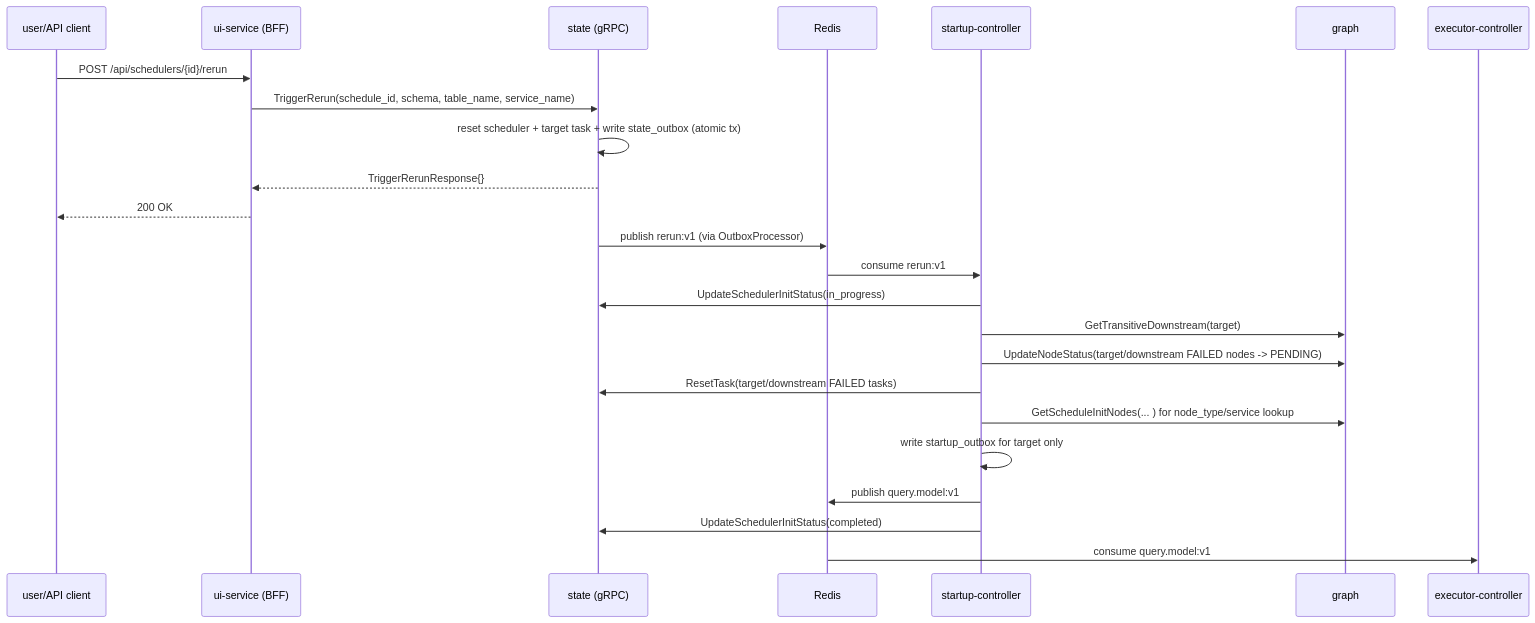
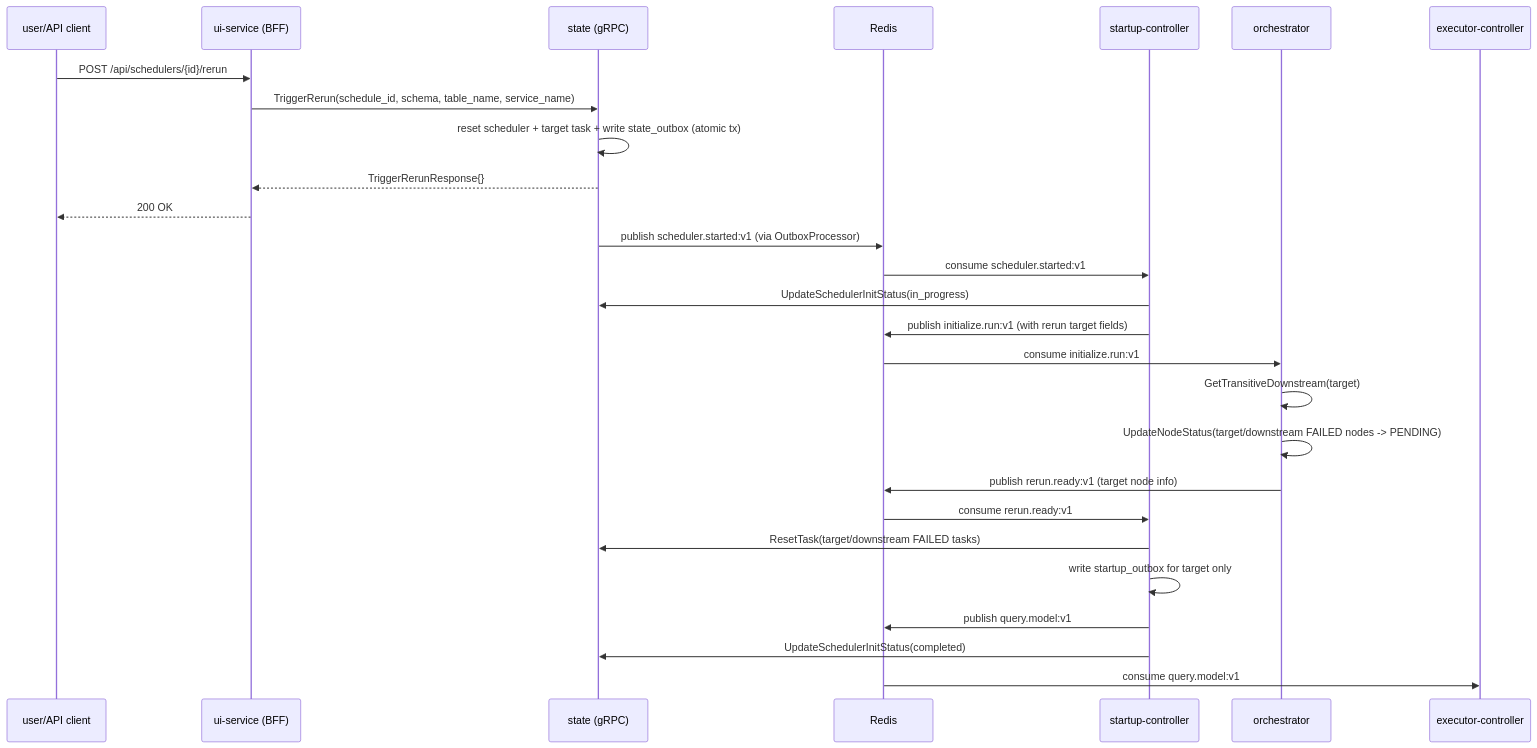
One commit to carolsimone/continuo changed the fourth of 5 diagrams in docs/arch/03-sequence-flows.md. Above: the diagram before and after it, drawn with Mermaid. The commit also changed other lines of this file and 108 other files, not shown here.

First line of the commit message:
refactor: delete graph and dependency-controller, replace with orchestrator

````diff
--- a/docs/arch/03-sequence-flows.md
+++ b/docs/arch/03-sequence-flows.md
@@ -108,27 +108,30 @@
 ```mermaid
 sequenceDiagram
   participant U as user/API client
   participant UI as ui-service (BFF)
   participant ST as state (gRPC)
   participant R as Redis
   participant SC as startup-controller
-  participant GR as graph
+  participant OR as orchestrator
   participant EC as executor-controller
 
   U->>UI: POST /api/schedulers/{id}/rerun
   UI->>ST: TriggerRerun(schedule_id, schema, table_name, service_name)
   ST->>ST: reset scheduler + target task + write state_outbox (atomic tx)
   ST-->>UI: TriggerRerunResponse{}
   UI-->>U: 200 OK
-  ST->>R: publish rerun:v1 (via OutboxProcessor)
-  R->>SC: consume rerun:v1
+  ST->>R: publish scheduler.started:v1 (via OutboxProcessor)
+  R->>SC: consume scheduler.started:v1
   SC->>ST: UpdateSchedulerInitStatus(in_progress)
-  SC->>GR: GetTransitiveDownstream(target)
-  SC->>GR: UpdateNodeStatus(target/downstream FAILED nodes -> PENDING)
+  SC->>R: publish initialize.run:v1 (with rerun target fields)
+  R->>OR: consume initialize.run:v1
+  OR->>OR: GetTransitiveDownstream(target)
+  OR->>OR: UpdateNodeStatus(target/downstream FAILED nodes -> PENDING)
+  OR->>R: publish rerun.ready:v1 (target node info)
+  R->>SC: consume rerun.ready:v1
   SC->>ST: ResetTask(target/downstream FAILED tasks)
-  SC->>GR: GetScheduleInitNodes(... ) for node_type/service lookup
   SC->>SC: write startup_outbox for target only
   SC->>R: publish query.model:v1
   SC->>ST: UpdateSchedulerInitStatus(completed)
   R->>EC: consume query.model:v1
 ```
````
